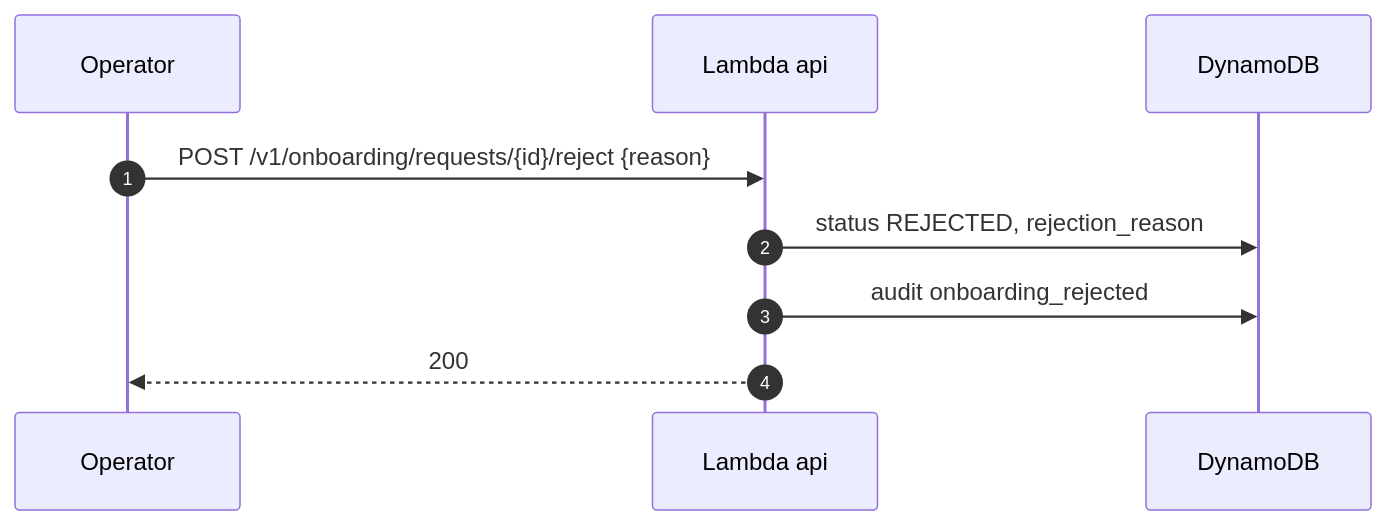
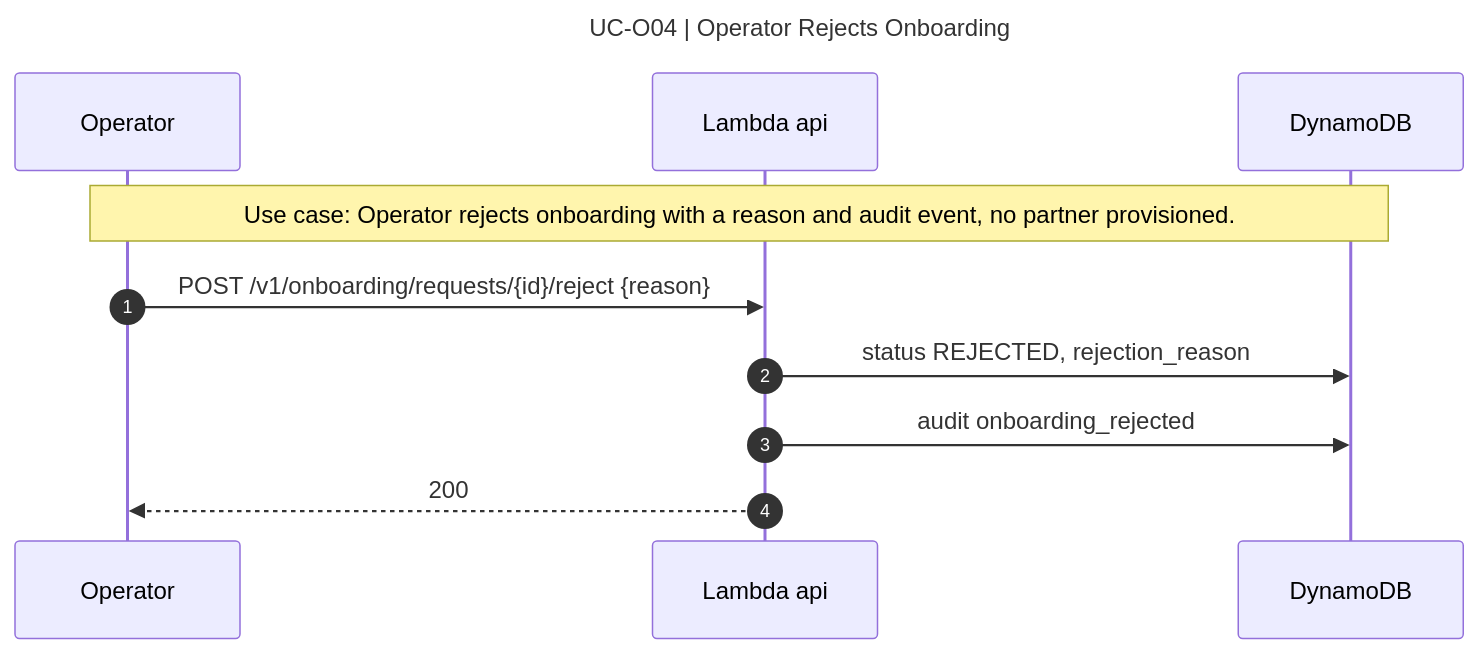
The diagram in docs/sequence-diagrams/mmd/UC-O04.mmd (bayareala8s/BayRelayAI), drawn with Mermaid before and after one commit. The commit also changed 68 other files, not shown here.

First line of the commit message:
Add title and use-case labels to all sequence diagrams.

```diff
--- a/docs/sequence-diagrams/mmd/UC-O04.mmd
+++ b/docs/sequence-diagrams/mmd/UC-O04.mmd
@@ -1,10 +1,14 @@
+---
+title: UC-O04 | Operator Rejects Onboarding
+---
 sequenceDiagram
   autonumber
   participant Op as Operator
   participant API as Lambda api
   participant DDB as DynamoDB
+  Note over Op,DDB: Use case: Operator rejects onboarding with a reason and audit event, no partner provisioned.
 
   Op->>API: POST /v1/onboarding/requests/{id}/reject {reason}
   API->>DDB: status REJECTED, rejection_reason
   API->>DDB: audit onboarding_rejected
   API-->>Op: 200
```
